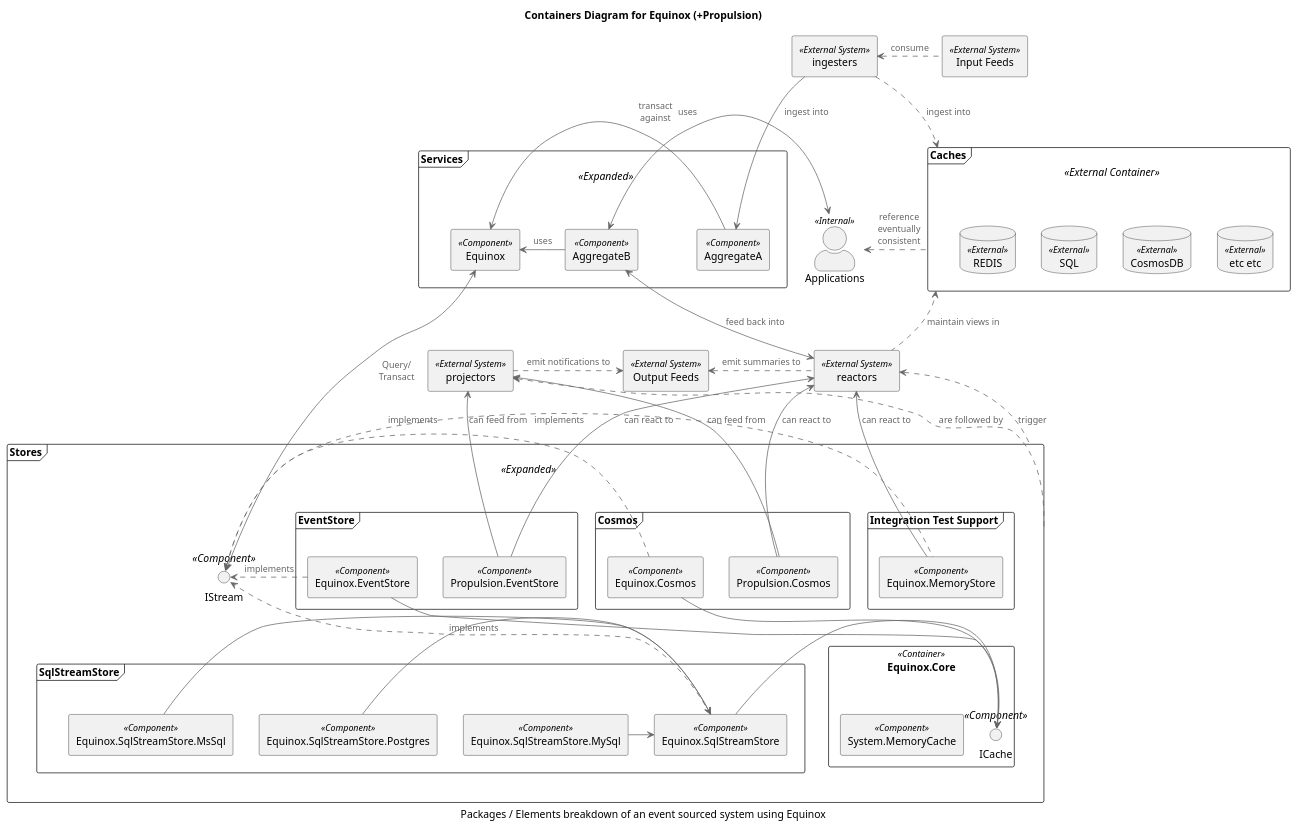
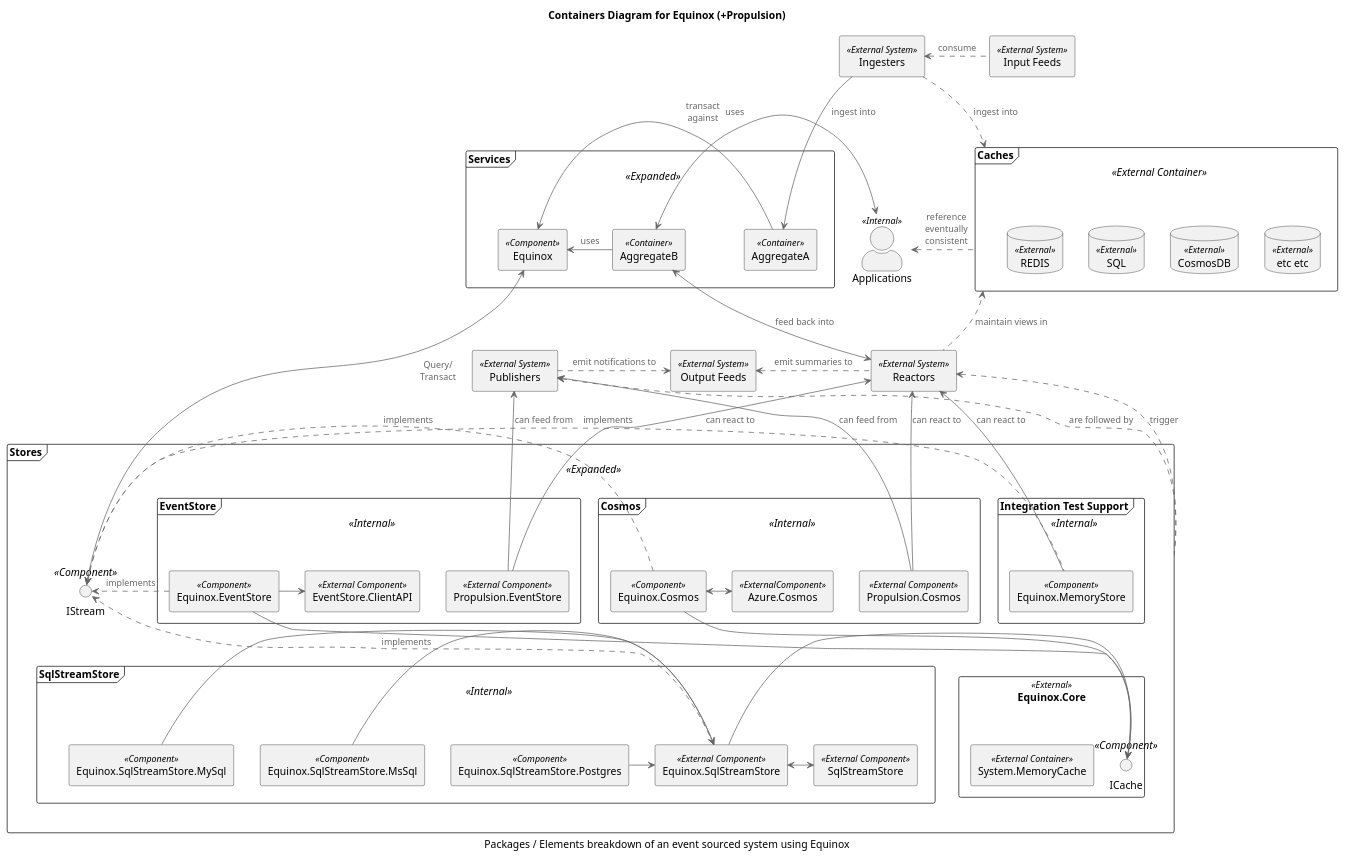
Before and after one commit to jet/equinox: the diagram in diagrams/container.puml, drawn with PlantUML. The commit also changed 6 other files, not shown here.

```diff
--- a/diagrams/container.puml
+++ b/diagrams/container.puml
@@ -1,98 +1,104 @@
 @startuml
 !includeurl https://raw.githubusercontent.com/skleanthous/C4-PlantumlSkin/master/build/output/c4.puml
 
 title Containers Diagram for Equinox (+Propulsion)
 caption Packages / Elements breakdown of an event sourced system using Equinox
 
 together {
     frame "Caches" <<External Container>> as caches {
         database "REDIS"    as red <<External>>
         database "SQL"      as sql <<External>>
         database "CosmosDB" as cdb <<External>>
         database "etc etc"  as etc <<External>>
     }
     frame "Services" <<Expanded>> as services {
         rectangle "Equinox" <<Component>> as equinox
-        rectangle "AggregateA" <<Component>>
-        rectangle "AggregateB" <<Component>>
+        rectangle "AggregateA" <<Container>>
+        rectangle "AggregateB" <<Container>>
     }
     actor "Applications" as apps <<Internal>>
 }
 
-rectangle ingesters <<External System>> 
+rectangle "Ingesters" as ingesters <<External System>> 
 rectangle "Input Feeds" as sources <<External System>> 
-rectangle projectors <<External System>> 
+rectangle "Publishers" as projectors <<External System>> 
 rectangle "Output Feeds" as sinks <<External System>> 
-rectangle reactors <<External System>> 
+rectangle "Reactors" as reactors <<External System>> 
 
 frame "Stores" as stores <<Expanded>> {
-    frame "Cosmos" as cosmos {
+    frame "Cosmos" as cosmos <<Internal>> {
         rectangle "Equinox.Cosmos" <<Component>> as cs
-        rectangle "Propulsion.Cosmos" <<Component>> as cfp
+        rectangle "Propulsion.Cosmos" <<External Component>> as cfp
+        rectangle "Azure.Cosmos" <<ExternalComponent>> as cc
     }
-    frame "EventStore" {
+    frame "EventStore" <<Internal>> {
         rectangle "Equinox.EventStore" <<Component>> as es
-        rectangle "Propulsion.EventStore" <<Component>> as all
+        rectangle "Propulsion.EventStore" <<External Component>> as all
+        rectangle "EventStore.ClientAPI" <<External Component>> as esc
     }
-    frame "Integration Test Support" {
+    frame "Integration Test Support" <<Internal>> {
         rectangle "Equinox.MemoryStore" <<Component>> as ms 
     }
     interface IStream <<Component>>
-    rectangle "Equinox.Core" as core <<Container>> {
-        rectangle "System.MemoryCache" <<Component>>
+    rectangle "Equinox.Core" as core <<External>> {
+        rectangle "System.MemoryCache" <<External Container>>
         interface ICache <<Component>>
     }
-    frame "SqlStreamStore" as ssss {
+    frame "SqlStreamStore" as ssss <<Internal>> {
         rectangle "Equinox.SqlStreamStore.MsSql" <<Component>> as ssm
         rectangle "Equinox.SqlStreamStore.MySql" <<Component>> as ssy
         rectangle "Equinox.SqlStreamStore.Postgres" <<Component>> as ssp
-        rectangle "Equinox.SqlStreamStore" <<Component>> as sss
+        rectangle "Equinox.SqlStreamStore" <<External Component>> as sss
+        rectangle "SqlStreamStore" <<External Component>>
     }
 }
 
 AggregateB -R-> equinox    : uses
 equinox     <-> IStream    : Query/\nTransact
 AggregateA -L-> equinox    : uses
 
 ingesters  <.R. sources    : consume
 ingesters    -> AggregateA : ingest into
 ingesters  .D.> caches     : ingest into
 
 apps       <.   caches     : reference\neventually\nconsistent
 apps        <-> AggregateB : transact\nagainst
 
 stores     .U.> projectors : are followed by
 stores     .U.> reactors   : trigger
 
 projectors   .> sinks      : emit notifications to
 projectors <--  cfp        : can feed from
 projectors <--  all        : can feed from
 
 reactors  <-U-> AggregateB : feed back into
 reactors   .L.> sinks      : emit summaries to
 reactors   .U.> caches     : maintain views in
 reactors   <-   ms         : can react to
 reactors   <-   cfp        : can react to
 reactors   <-   all        : can react to
 
 ms         .L.> IStream    : implements
 es           -> ICache
 es           .> IStream    : implements
+es           -> esc
 cs          --> ICache
 cs           .> IStream    : implements
+cs          <-> cc
 sss          -> ICache
 sss          .> IStream    : implements
 
 ssm          -> sss
 ssy          -> sss
 ssp          -> sss
+sss         <-> SqlStreamStore
 
 ingesters  -[hidden]D-> apps
 projectors -[hidden]D-> es
 projectors -[hidden]U-> services
 IStream    -[hidden]D-> ssss
 red        -[hidden]R-> sql
 sql        -[hidden]R-> cdb
 cdb        -[hidden]R-> etc
 
 @enduml
```
